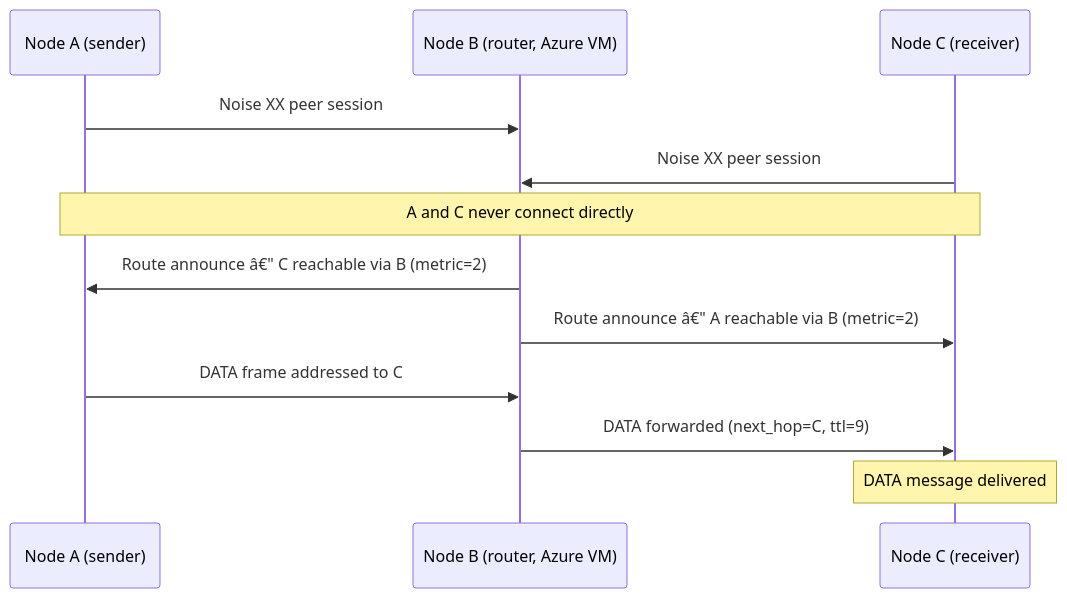
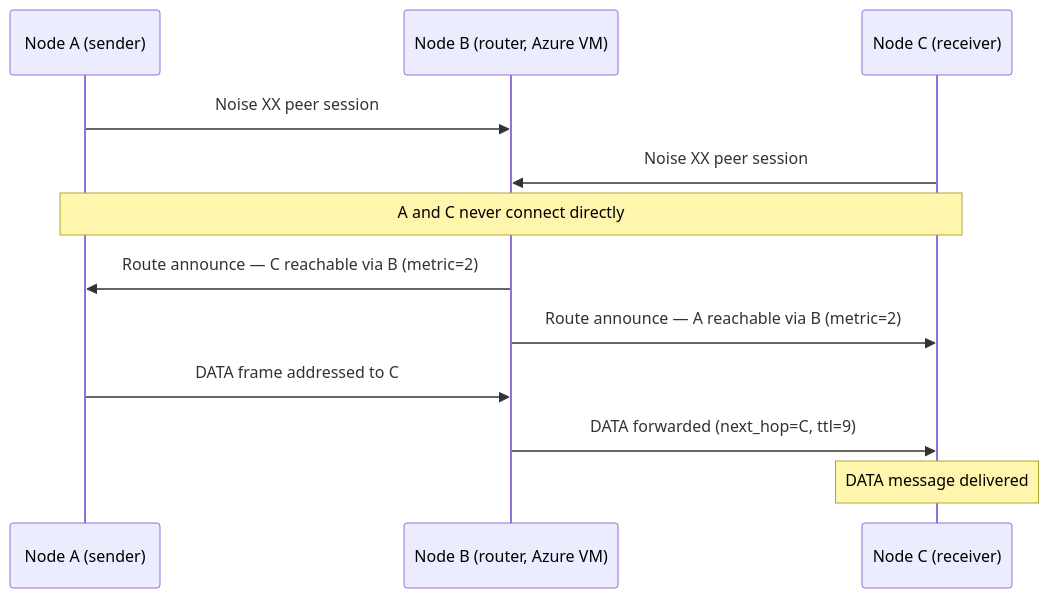
Before and after one commit to GenesisMeshLabs/genesismesh: the fourth of 6 diagrams in docs/examples/demos-capability.md, drawn with Mermaid. The commit also changed other lines of this file and 119 other files, not shown here.

````diff
--- a/docs/examples/demos-capability.md
+++ b/docs/examples/demos-capability.md
@@ -306,15 +372,15 @@
 ```{mermaid}
 sequenceDiagram
     participant A as Node A (sender)
     participant B as Node B (router, Azure VM)
     participant C as Node C (receiver)
 
     A->>B: Noise XX peer session
     C->>B: Noise XX peer session
     note over A,C: A and C never connect directly
-    B->>A: Route announce â€" C reachable via B (metric=2)
-    B->>C: Route announce â€" A reachable via B (metric=2)
+    B->>A: Route announce — C reachable via B (metric=2)
+    B->>C: Route announce — A reachable via B (metric=2)
     A->>B: DATA frame addressed to C
     B->>C: DATA forwarded (next_hop=C, ttl=9)
     note over C: DATA message delivered
 ```
````
